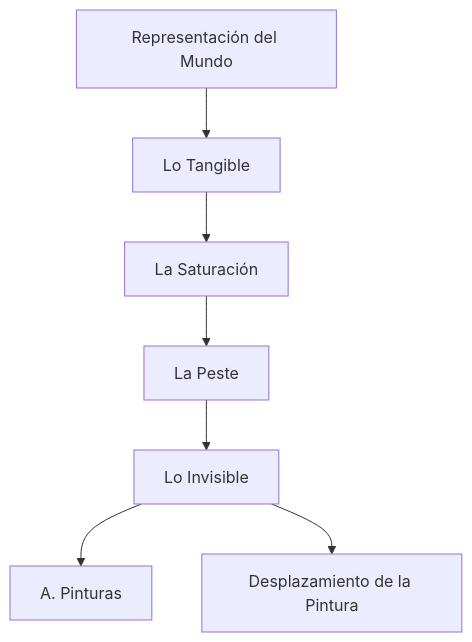
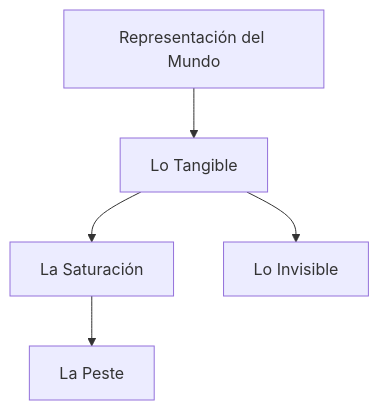
The diagram in ES/saturacion.md (EGGS-Artesvisuales/EGGS-Artesvisuales.github.io), drawn with Mermaid before and after one commit.

```diff
--- a/ES/saturacion.md
+++ b/ES/saturacion.md
@@ -34,20 +34,16 @@
 <div class="mermaid">
 graph TD
-    RW[Representación del Mundo]
-    LT[Lo Tangible]
+    A[Representación del Mundo]
+    A1[Lo Tangible]
     LS[La Saturación]
+    LI[Lo Invisible]
     LP[La Peste]
-    LI[Lo Invisible]
-    AP[A. Pinturas]
-    DP[Desplazamiento de la Pintura]
 
-    RW --> LT
-    LT --> LS
+    A --> A1
+    A1 --> LS
+    A1 --> LI
     LS --> LP
-    LP --> LI
-    LI --> AP
-    LI --> DP
 
-    click LS "saturacion.html" "Descubre más sobre Saturación"
-    click LP "la-peste.html" "Explorar La Peste"
+    click LS "/la-saturacion.html" "Ir a La Saturación"
+    click LP "/la-peste.html" "Ir a La Peste"
 </div>
```
